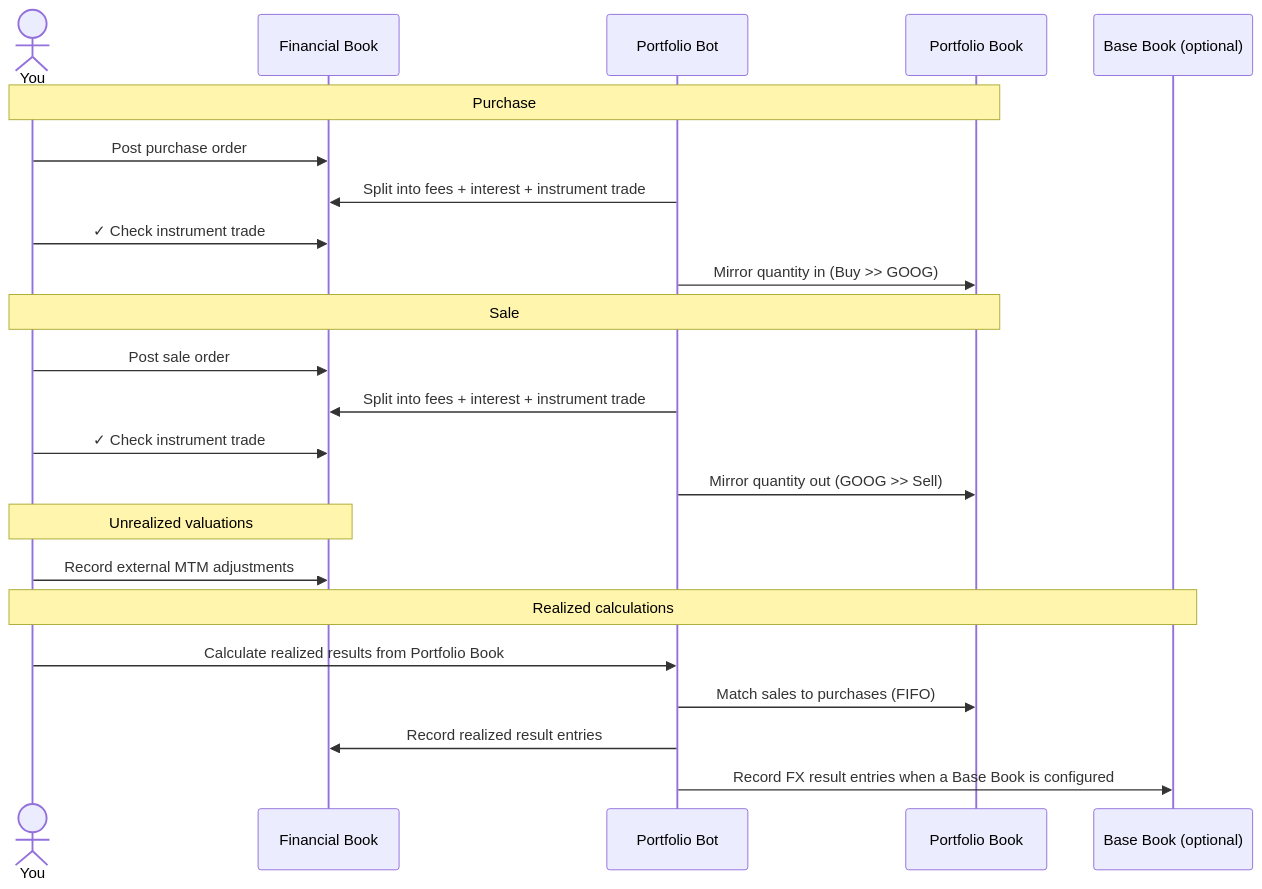
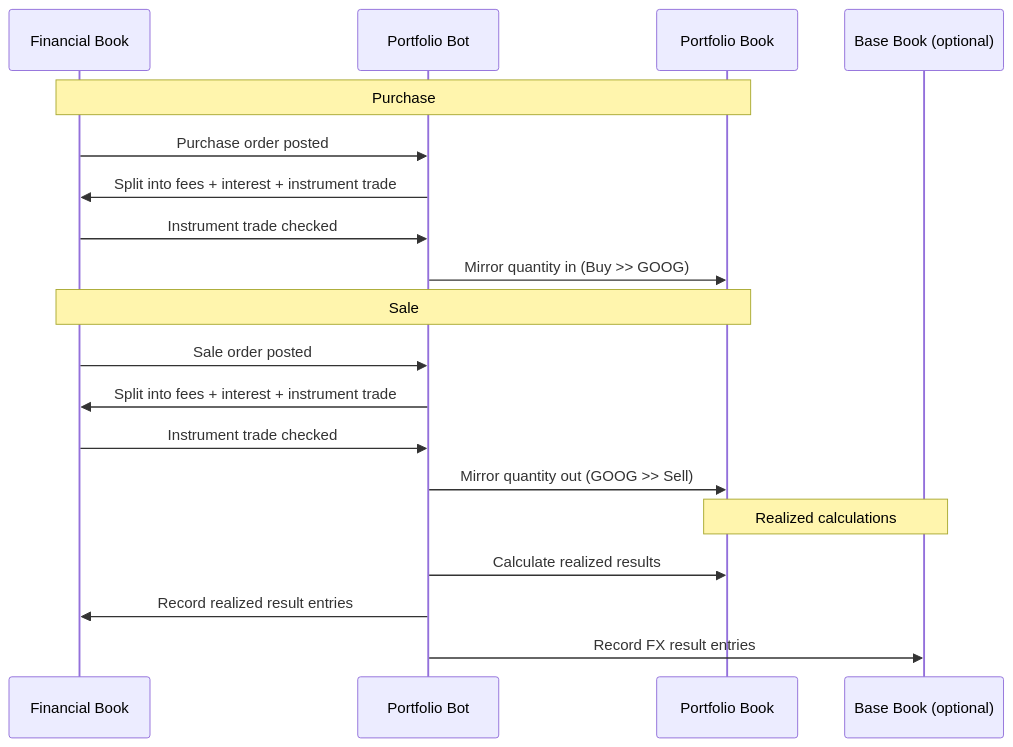
Before and after one commit to bkper/bkper-apps: the second of 5 diagrams in portfolio-bot/README.md, drawn with Mermaid. The commit also changed 1 other file, not shown here.

Commit message:
Standardize sequence diagrams across bot READMEs
- Remove user column (actor/participant) — books trigger, bots act
- Use natural language arrows instead of event names or vague labels
- Fix trigger direction: transaction events from FB, menu calculations from IB/PB
- Drop MTM section from portfolio-bot (manual action, no bot interaction)
- Consistent with exchange-bot pattern across all apps

````diff
--- a/portfolio-bot/README.md
+++ b/portfolio-bot/README.md
@@ -52,29 +52,24 @@
 ```mermaid
 sequenceDiagram
-    actor You
     participant FB as Financial Book
     participant Bot as Portfolio Bot
     participant PB as Portfolio Book
     participant BB as Base Book (optional)
 
-    Note over You,PB: Purchase
-    You->>FB: Post purchase order
+    Note over FB,PB: Purchase
+    FB->>Bot: Purchase order posted
     Bot->>FB: Split into fees + interest + instrument trade
-    You->>FB: ✓ Check instrument trade
+    FB->>Bot: Instrument trade checked
     Bot->>PB: Mirror quantity in (Buy >> GOOG)
 
-    Note over You,PB: Sale
-    You->>FB: Post sale order
+    Note over FB,PB: Sale
+    FB->>Bot: Sale order posted
     Bot->>FB: Split into fees + interest + instrument trade
-    You->>FB: ✓ Check instrument trade
+    FB->>Bot: Instrument trade checked
     Bot->>PB: Mirror quantity out (GOOG >> Sell)
 
-    Note over You,FB: Unrealized valuations
-    You->>FB: Record external MTM adjustments
-
-    Note over You,BB: Realized calculations
-    You->>Bot: Calculate realized results from Portfolio Book
-    Bot->>PB: Match sales to purchases (FIFO)
+    Note over PB,BB: Realized calculations
+    Bot->>PB: Calculate realized results
     Bot->>FB: Record realized result entries
-    Bot->>BB: Record FX result entries when a Base Book is configured
+    Bot->>BB: Record FX result entries
 ```
````
